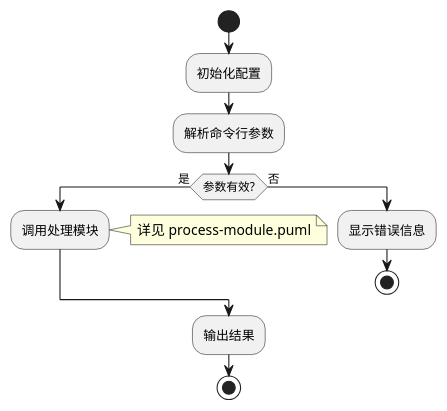
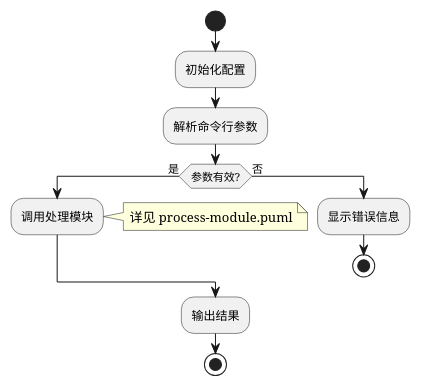
One commit to sayurinana/agent-aide changed the diagram in aide-marketplace/aide-plugin/commands/auto-run.md. Above: the diagram before and after it, drawn with PlantUML. The commit also changed other lines of this file and 1 other file, not shown here.

Commit message:
✨ feat: 调整auto-run的流程图示例

````diff
--- a/aide-marketplace/aide-plugin/commands/auto-run.md
+++ b/aide-marketplace/aide-plugin/commands/auto-run.md
@@ -280,19 +291,22 @@
 ```plantuml
 @startuml
+skinparam defaultFontName "Arial"
+skinparam dpi 300
+scale 0.3
 ' 主程序流程图
 start
 :初始化配置;
 :解析命令行参数;
 
 if (参数有效?) then (是)
   :调用处理模块;
   note right: 详见 process-module.puml
 else (否)
   :显示错误信息;
   stop
 endif
 
 :输出结果;
 stop
 @enduml
 ```
````
